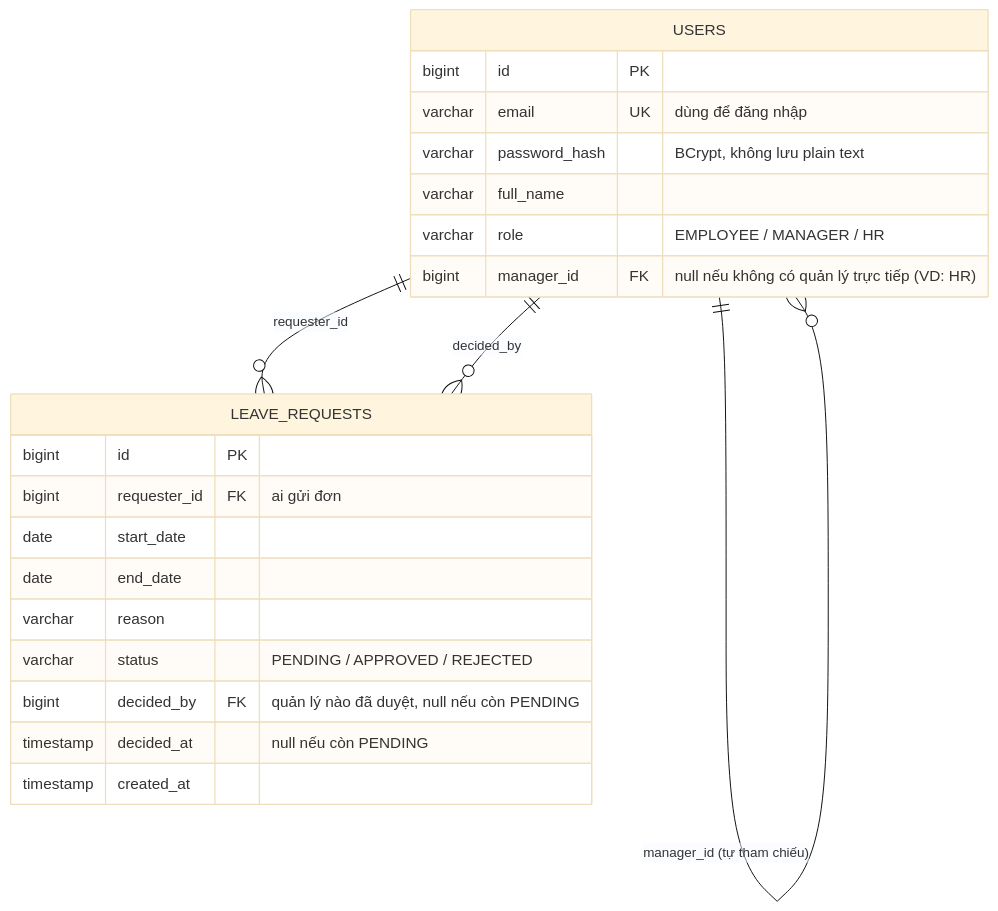
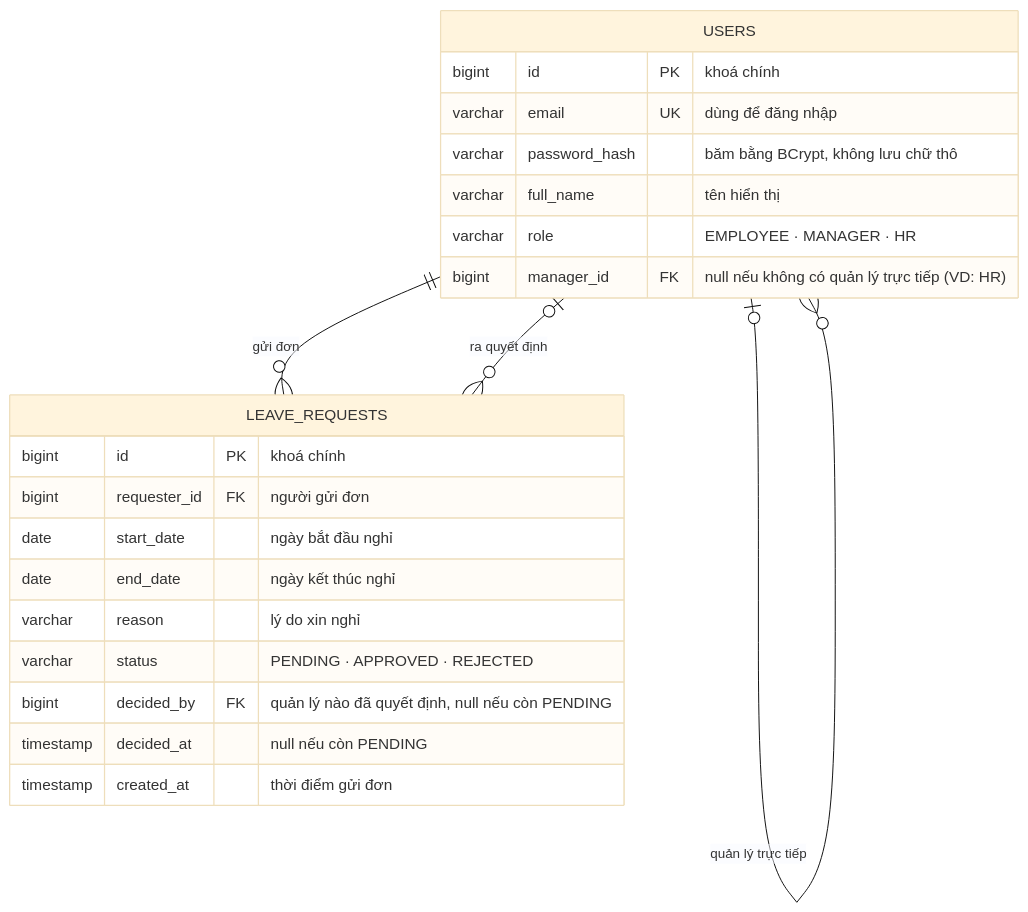
The diagram in docs/erd.md (Lucky160706/Employee-Workflow-and-Leave-Management-Platform), drawn with Mermaid (base theme) before and after one commit. The commit also changed other lines of this file and 1 other file, not shown here.

Commit message:
update commit

````diff
--- a/docs/erd.md
+++ b/docs/erd.md
@@ -5,27 +5,27 @@
 ```mermaid
 erDiagram
-    USERS ||--o{ USERS : "manager_id (tự tham chiếu)"
-    USERS ||--o{ LEAVE_REQUESTS : "requester_id"
-    USERS ||--o{ LEAVE_REQUESTS : "decided_by"
+    USERS |o--o{ USERS          : "quản lý trực tiếp"
+    USERS ||--o{ LEAVE_REQUESTS : "gửi đơn"
+    USERS |o--o{ LEAVE_REQUESTS : "ra quyết định"
 
     USERS {
-        bigint id PK
-        varchar email UK "dùng để đăng nhập"
-        varchar password_hash "BCrypt, không lưu plain text"
-        varchar full_name
-        varchar role "EMPLOYEE / MANAGER / HR"
-        bigint manager_id FK "null nếu không có quản lý trực tiếp (VD: HR)"
+        bigint  id            PK "khoá chính"
+        varchar email         UK "dùng để đăng nhập"
+        varchar password_hash    "băm bằng BCrypt, không lưu chữ thô"
+        varchar full_name        "tên hiển thị"
+        varchar role             "EMPLOYEE · MANAGER · HR"
+        bigint  manager_id    FK "null nếu không có quản lý trực tiếp (VD: HR)"
     }
 
     LEAVE_REQUESTS {
-        bigint id PK
-        bigint requester_id FK "ai gửi đơn"
-        date start_date
-        date end_date
-        varchar reason
-        varchar status "PENDING / APPROVED / REJECTED"
-        bigint decided_by FK "quản lý nào đã duyệt, null nếu còn PENDING"
-        timestamp decided_at "null nếu còn PENDING"
-        timestamp created_at
+        bigint    id           PK "khoá chính"
+        bigint    requester_id FK "người gửi đơn"
+        date      start_date      "ngày bắt đầu nghỉ"
+        date      end_date        "ngày kết thúc nghỉ"
+        varchar   reason          "lý do xin nghỉ"
+        varchar   status          "PENDING · APPROVED · REJECTED"
+        bigint    decided_by   FK "quản lý nào đã quyết định, null nếu còn PENDING"
+        timestamp decided_at      "null nếu còn PENDING"
+        timestamp created_at      "thời điểm gửi đơn"
     }
 ```
````
